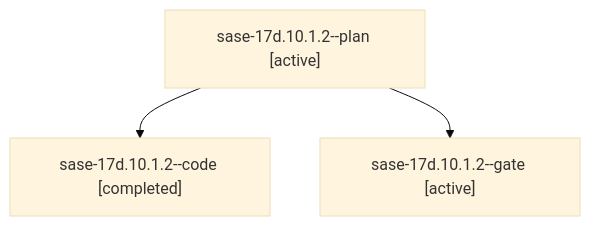
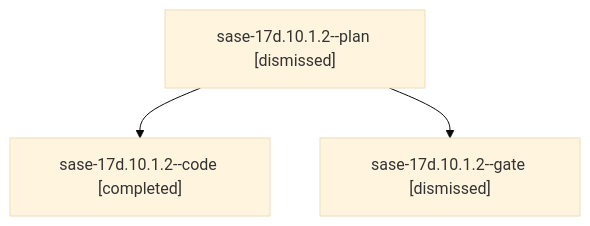
Before and after one commit to sase-org/sase--agents: the diagram in sessions/bbugyi200.athena.sase-17d.10.1.2.md, drawn with Mermaid (base theme). The commit also changed other lines of this file and 142 other files, not shown here.

````diff
--- a/sessions/bbugyi200.athena.sase-17d.10.1.2.md
+++ b/sessions/bbugyi200.athena.sase-17d.10.1.2.md
@@ -9,8 +9,8 @@
 ```mermaid
 flowchart TD
-  n0["sase-17d.10.1.2--plan [active]"]
+  n0["sase-17d.10.1.2--plan [dismissed]"]
   n1["sase-17d.10.1.2--code [completed]"]
   n0 --> n1
-  n2["sase-17d.10.1.2--gate [active]"]
+  n2["sase-17d.10.1.2--gate [dismissed]"]
   n0 --> n2
 ```
````
